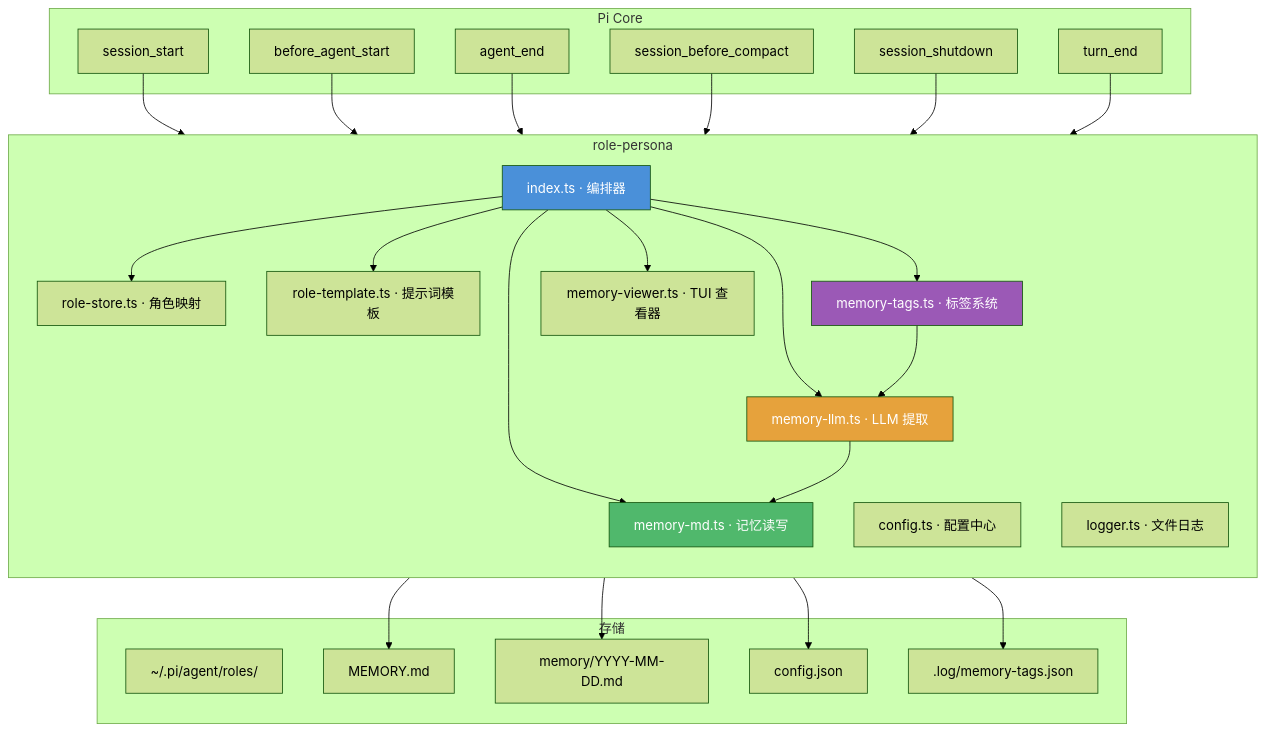
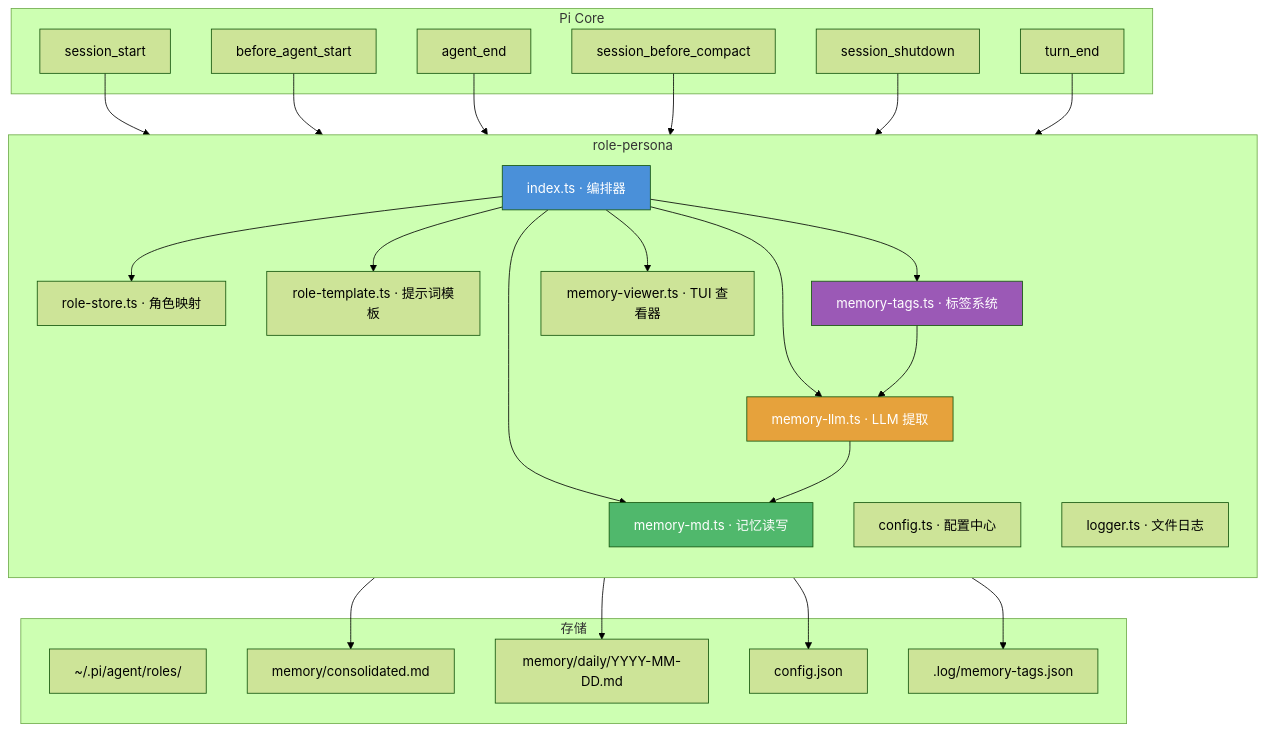
One commit to Dwsy/agent changed the first of 5 diagrams in extensions/role-persona/README.md. Above: the diagram before and after it, drawn with Mermaid (forest theme). The commit also changed other lines of this file and 12 other files, not shown here.

First line of the commit message:
feat(role-persona): refactor role system architecture with new directory structure

````diff
--- a/extensions/role-persona/README.md
+++ b/extensions/role-persona/README.md
@@ -37,58 +37,58 @@
 ```mermaid
 graph TB
     subgraph "Pi Core"
         SE[session_start]
         BAS[before_agent_start]
         AE[agent_end]
         SBC[session_before_compact]
         SS[session_shutdown]
         TE[turn_end]
     end
 
     subgraph "role-persona"
         direction TB
         IDX["index.ts · 编排器"]
         RS["role-store.ts · 角色映射"]
         RT["role-template.ts · 提示词模板"]
         MMD["memory-md.ts · 记忆读写"]
         MLLM["memory-llm.ts · LLM 提取"]
         MT["memory-tags.ts · 标签系统"]
         MV["memory-viewer.ts · TUI 查看器"]
         CFG["config.ts · 配置中心"]
         LOG["logger.ts · 文件日志"]
     end
 
     subgraph "存储"
         ROLES["~/.pi/agent/roles/"]
-        MEMD["MEMORY.md"]
-        DAILY["memory/YYYY-MM-DD.md"]
+        MEMD["memory/consolidated.md"]
+        DAILY["memory/daily/YYYY-MM-DD.md"]
         CONF["config.json"]
         TAGS[".log/memory-tags.json"]
     end
 
     SE --> IDX
     BAS --> IDX
     AE --> IDX
     SBC --> IDX
     SS --> IDX
     TE --> IDX
 
     IDX --> RS
     IDX --> RT
     IDX --> MMD
     IDX --> MLLM
     IDX --> MT
     IDX --> MV
 
     RS --> CONF
     MMD --> MEMD
     MMD --> DAILY
     MLLM --> MMD
     MT --> TAGS
     MT --> MLLM
 
     style IDX fill:#4a90d9,color:#fff
     style MMD fill:#50b86c,color:#fff
     style MLLM fill:#e6a23c,color:#fff
     style MT fill:#9b59b6,color:#fff
 ```
````
